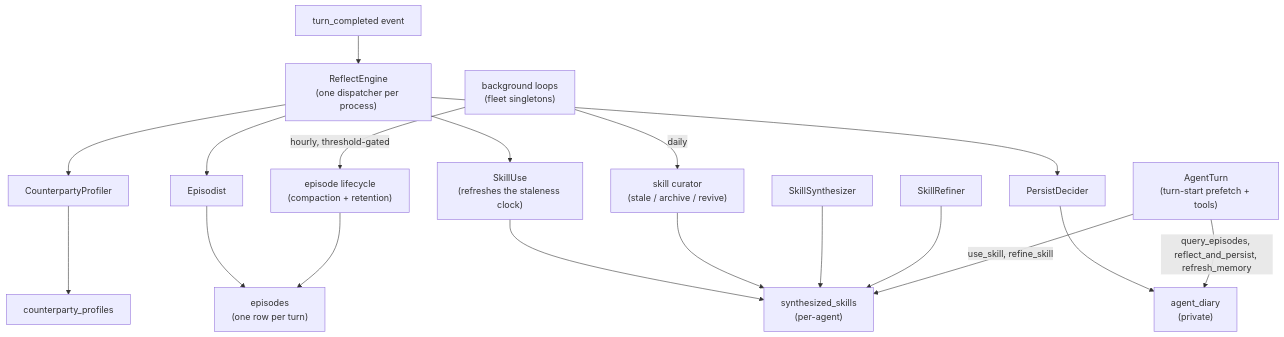
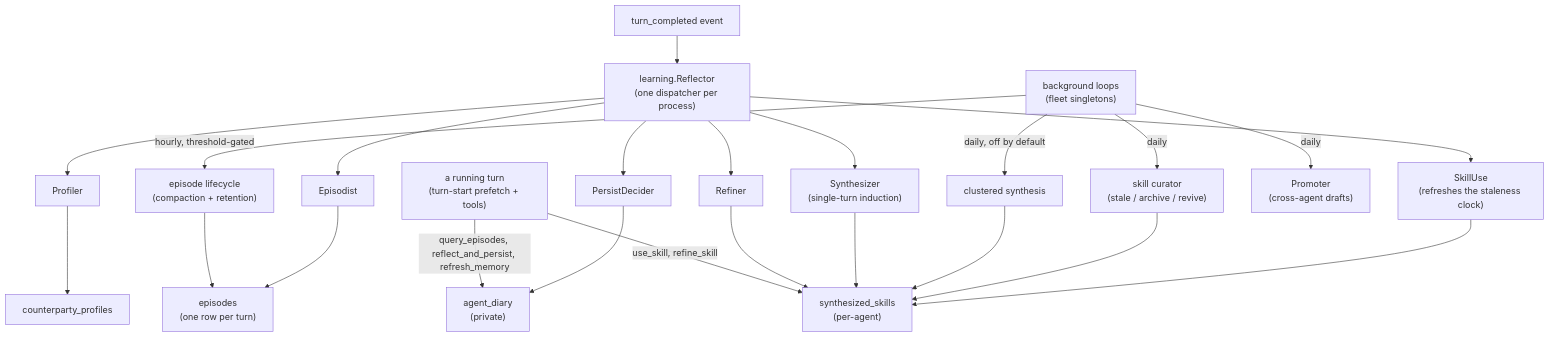
One commit to crewlet/crewlet changed the first of 2 diagrams in docs/concepts/agent-learning.md. Above: the diagram before and after it, drawn with Mermaid. The commit also changed other lines of this file and 4 other files, not shown here.

````diff
--- a/docs/concepts/agent-learning.md
+++ b/docs/concepts/agent-learning.md
@@ -32,25 +32,30 @@
 ```mermaid
 flowchart TD
     TC["turn_completed event"] --> RE
-    RE["ReflectEngine<br/>(one dispatcher per process)"]
+    RE["learning.Reflector<br/>(one dispatcher per process)"]
     RE --> PD["PersistDecider"]
     RE --> EPW["Episodist"]
-    RE --> CP["CounterpartyProfiler"]
+    RE --> CP["Profiler"]
+    RE --> SS["Synthesizer<br/>(single-turn induction)"]
+    RE --> SR["Refiner"]
     RE --> SU["SkillUse<br/>(refreshes the staleness clock)"]
     PD --> AD["agent_diary<br/>(private)"]
     EPW --> EP["episodes<br/>(one row per turn)"]
     CP --> CPT["counterparty_profiles"]
     SU --> SK["synthesized_skills<br/>(per-agent)"]
 
     CLK["background loops<br/>(fleet singletons)"]
     CLK -->|hourly, threshold-gated| ELW["episode lifecycle<br/>(compaction + retention)"]
     CLK -->|daily| CUR["skill curator<br/>(stale / archive / revive)"]
+    CLK -->|daily, off by default| CL["clustered synthesis"]
+    CLK -->|daily| PRO["Promoter<br/>(cross-agent drafts)"]
     ELW --> EP
     CUR --> SK
+    CL --> SK
 
-    SS["SkillSynthesizer"] --> SK
-    SR["SkillRefiner"] --> SK
-    AT["AgentTurn<br/>(turn-start prefetch + tools)"]
+    SS --> SK
+    SR --> SK
+    AT["a running turn<br/>(turn-start prefetch + tools)"]
     AT -->|"use_skill, refine_skill"| SK
     AT -->|"query_episodes, reflect_and_persist, refresh_memory"| AD
 ```
````
